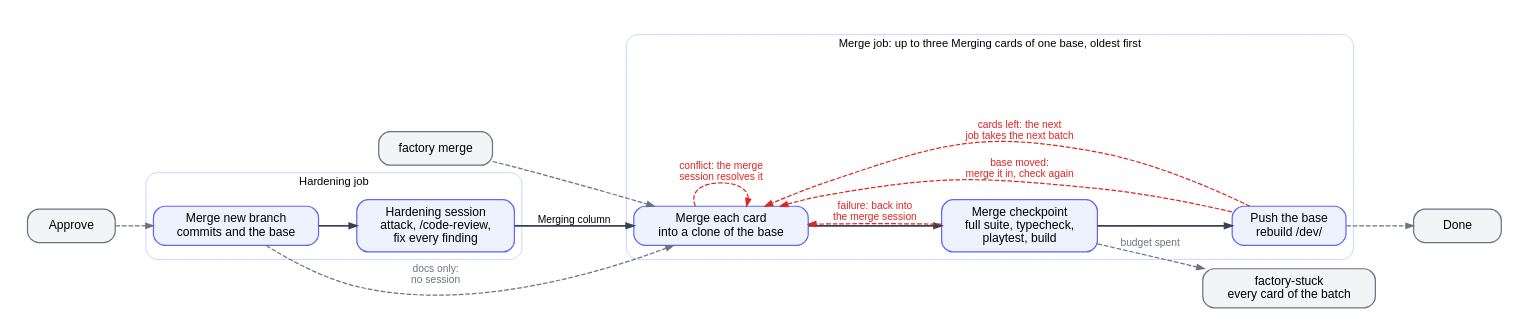
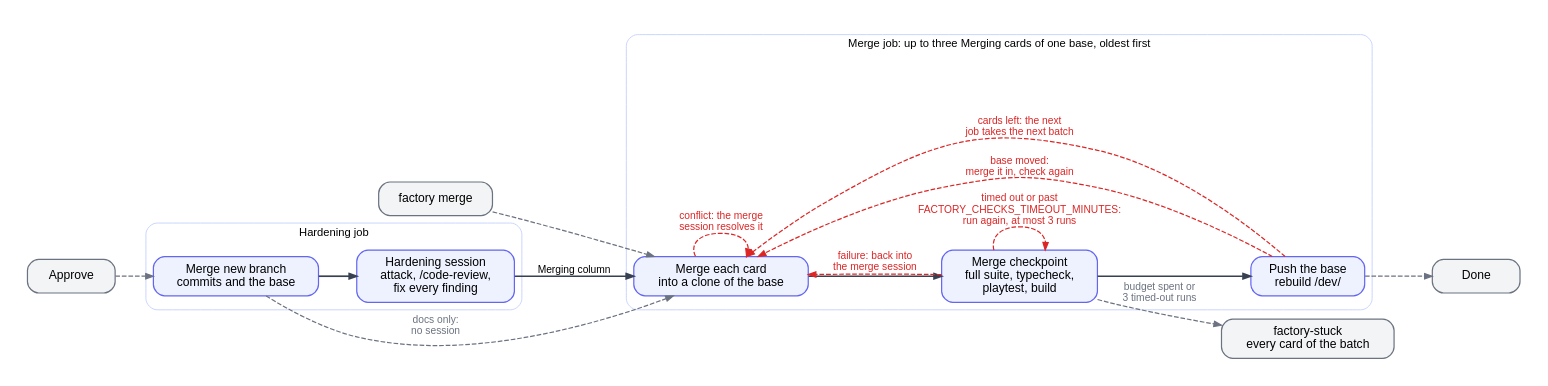
One commit to btseytlin/road-machiners changed the diagram in factory/docs/diagrams/hardening.dot. Above: the diagram before and after it, drawn with Graphviz. The commit also changed 16 other files, not shown here.

Commit message:
Each run of the factory checks stops at FACTORY_CHECKS_TIMEOUT_MINUTES, removes its container and runs again as a timeout, and a running check notes its last step every 5 minutes

```diff
--- a/factory/docs/diagrams/hardening.dot
+++ b/factory/docs/diagrams/hardening.dot
@@ -1,33 +1,34 @@
 // Hardening and Merging columns. One hardening session reviews and fixes an approved card. The merge queue checks up to three waiting cards of a base merged together before the base takes them, and the next job takes the rest.
 // Red: loops back. Grey: leaves the column or enters from outside.
 digraph hardening {
   rankdir=LR; nodesep=0.35; ranksep=0.55; bgcolor=white; pad=0.3;
   node [shape=box, style="rounded,filled", fillcolor="#eef2ff", color="#6366f1", fontname="Helvetica", fontsize=13, margin="0.2,0.1", penwidth=1.3, width=1.3];
   edge [color="#374151", penwidth=1.8, arrowsize=0.8, fontname="Helvetica", fontsize=11];
   subgraph cluster_harden {
     label="Hardening job"; fontname="Helvetica"; fontsize=12; color="#c7d2fe"; style=rounded;
     HM [label="Merge new branch\ncommits and the base"]; HH [label="Hardening session\nattack, /code-review,\nfix every finding"];
     HM -> HH [weight=100];
   }
   subgraph cluster_merge {
     label="Merge job: up to three Merging cards of one base, oldest first"; fontname="Helvetica"; fontsize=12; color="#c7d2fe"; style=rounded;
     MM [label="Merge each card\ninto a clone of the base"]; MC [label="Merge checkpoint\nfull suite, typecheck,\nplaytest, build"]; MP [label="Push the base\nrebuild /dev/"];
     MM -> MC -> MP [weight=100];
   }
   HH -> MM [label="Merging column"];
   XA [label="Approve", fillcolor="#f3f4f6", color="#6b7280"];
   XO [label="factory merge", fillcolor="#f3f4f6", color="#6b7280"];
   XS [label="factory-stuck\nevery card of the batch", fillcolor="#f3f4f6", color="#6b7280"];
   XN [label="Done", fillcolor="#f3f4f6", color="#6b7280"];
   edge [color="#dc2626", fontcolor="#dc2626", style=dashed, penwidth=1.3];
   MM -> MM [label="conflict: the merge\nsession resolves it"];
   MC -> MM [label="failure: back into\nthe merge session"];
+  MC -> MC [label="timed out or past\nFACTORY_CHECKS_TIMEOUT_MINUTES:\nrun again, at most 3 runs"];
   MP -> MM [label="base moved:\nmerge it in, check again"];
   MP -> MM [label="cards left: the next\njob takes the next batch"];
   edge [color="#6b7280", fontcolor="#6b7280"];
   XA -> HM;
   HM -> MM [label="docs only:\nno session"];
   XO -> MM;
-  MC -> XS [label="budget spent"];
+  MC -> XS [label="budget spent or\n3 timed-out runs"];
   MP -> XN;
 }
```
